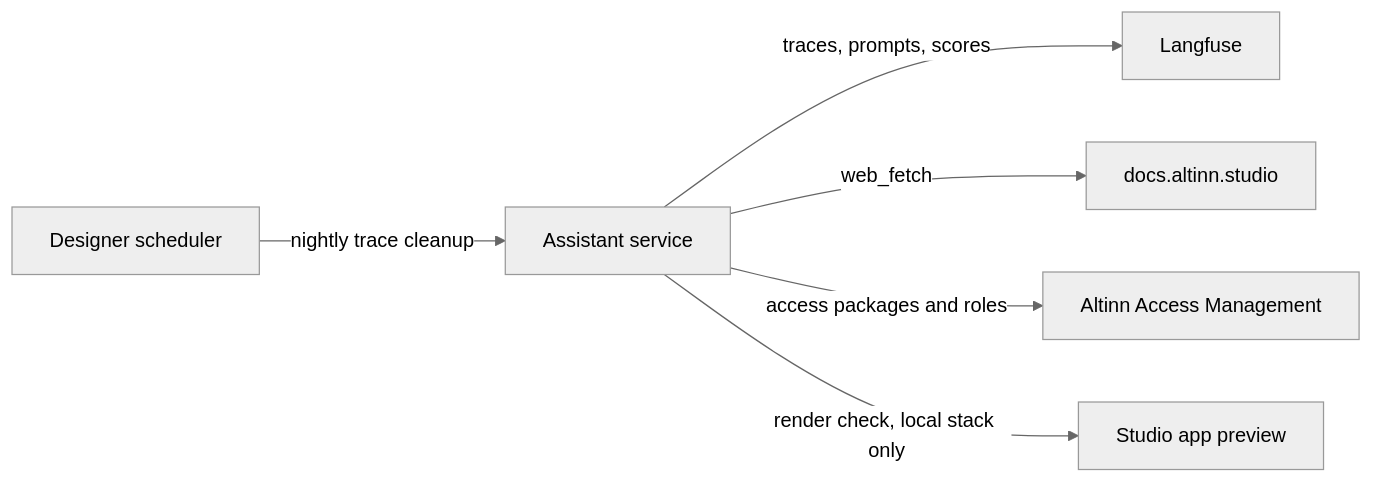
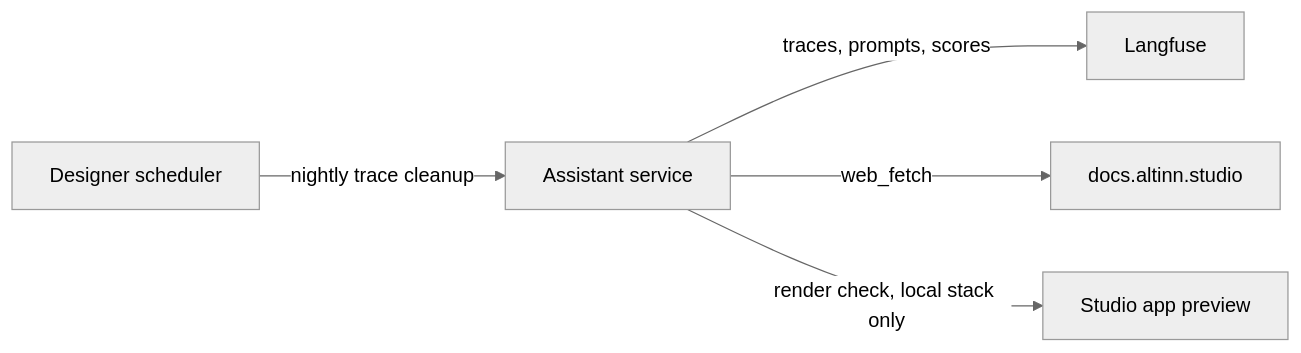
One commit to Altinn/altinn-studio changed the second of 9 diagrams in src/AI/assistant/docs/2-system-context.md. Above: the diagram before and after it, drawn with Mermaid (neutral theme). The commit also changed other lines of this file and 12 other files, not shown here.

First line of the commit message:
feat(assistant): read access packages and roles from Designer

````diff
--- a/src/AI/assistant/docs/2-system-context.md
+++ b/src/AI/assistant/docs/2-system-context.md
@@ -27,8 +27,7 @@
 ```mermaid
 flowchart LR
   A["Assistant service"] -->|traces, prompts, scores| F["Langfuse"]
   A -->|web_fetch| W["docs.altinn.studio"]
-  A -->|access packages and roles| M["Altinn Access Management"]
   A -->|render check, local stack only| P["Studio app preview"]
   Q["Designer scheduler"] -->|nightly trace cleanup| A
 ```
````
